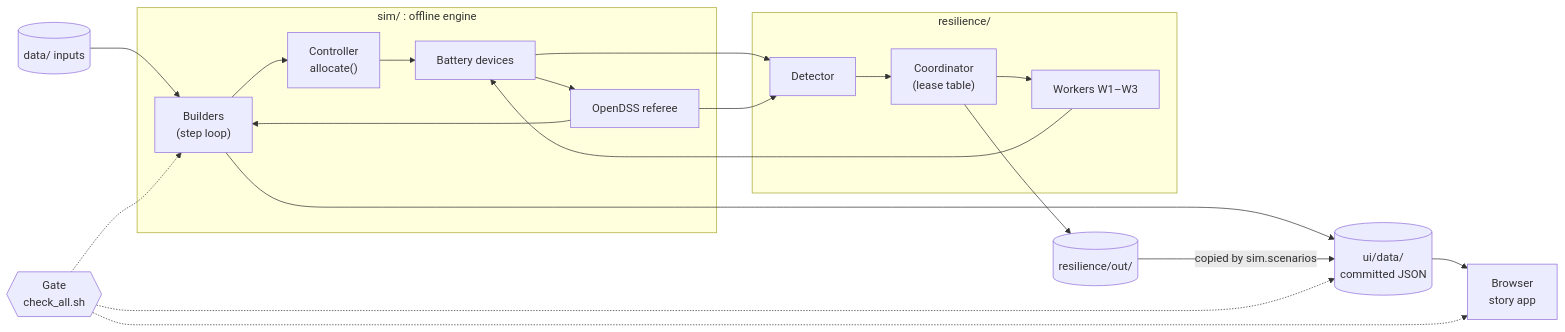
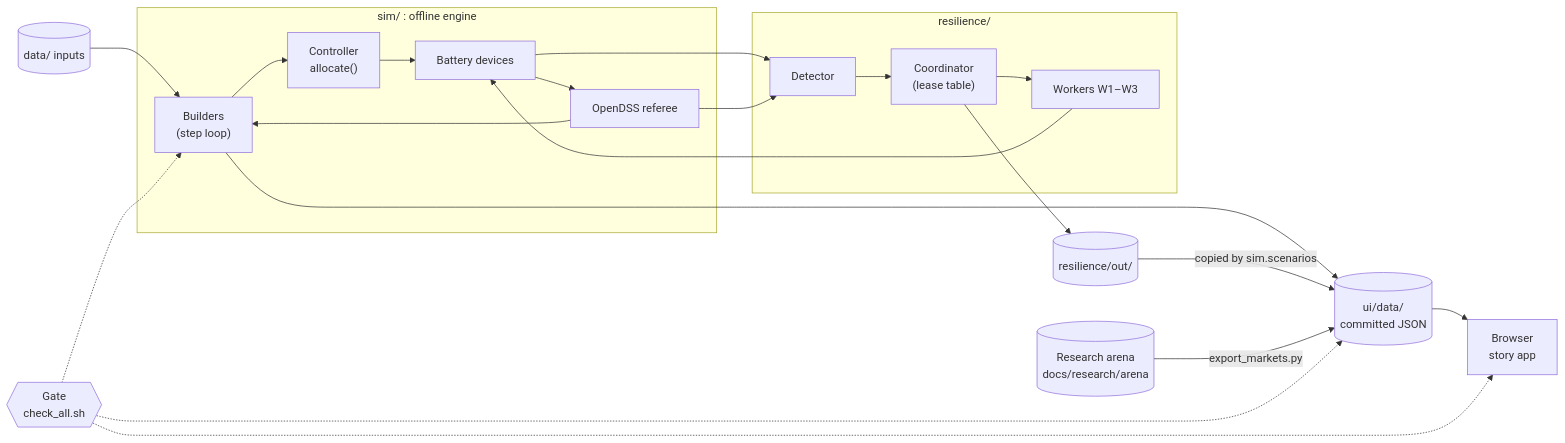
Before and after one commit to MichaelXPalacios/Battery_Upup: the diagram in architecture.md, drawn with Mermaid. The commit also changed other lines of this file and 2 other files, not shown here.

First line of the commit message:
Architecture: Markets flow and research arena; new dispatch-platform diagram

````diff
--- a/architecture.md
+++ b/architecture.md
@@ -14,29 +18,31 @@
 ```mermaid
 flowchart LR
   inputs[("data/ inputs")]
   subgraph engine["sim/ : offline engine"]
     loop["Builders<br/>(step loop)"]
     ctrl["Controller<br/>allocate()"]
     devices["Battery devices"]
     opendss["OpenDSS referee"]
   end
   subgraph res["resilience/"]
     coord["Coordinator<br/>(lease table)"]
     workers["Workers W1–W3"]
     detector["Detector"]
   end
   resout[("resilience/out/")]
   uidata[("ui/data/<br/>committed JSON")]
   viewer["Browser<br/>story app"]
   gate{{"Gate<br/>check_all.sh"}}
+  arena[("Research arena<br/>docs/research/arena")]
 
   inputs --> loop
   loop --> ctrl --> devices --> opendss --> loop
   coord --> workers --> devices
   devices --> detector
   opendss --> detector --> coord
   loop --> uidata
   coord --> resout -- "copied by sim.scenarios" --> uidata
   uidata --> viewer
+  arena -- "export_markets.py" --> uidata
   gate -.-> loop & uidata & viewer
 ```
````
